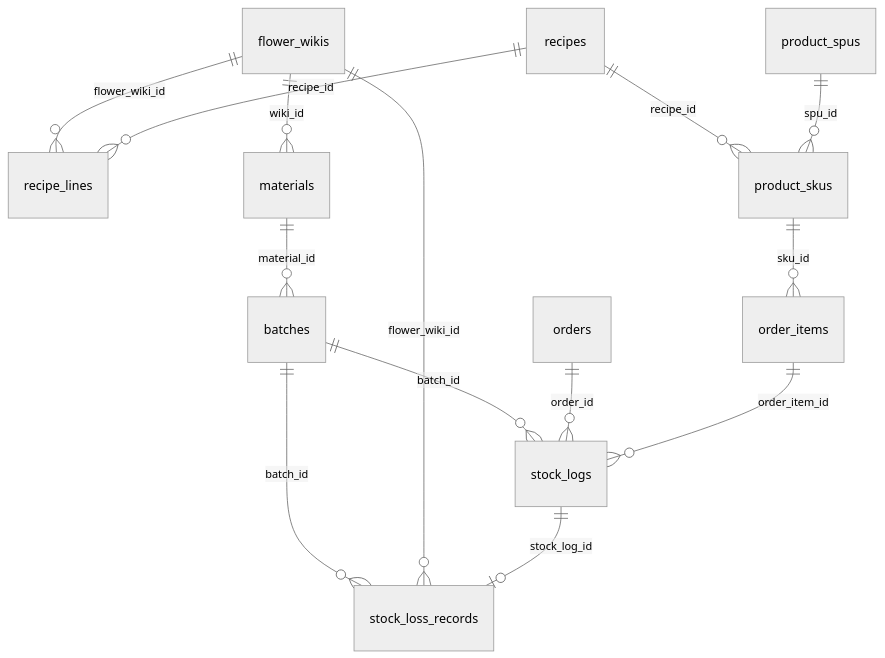
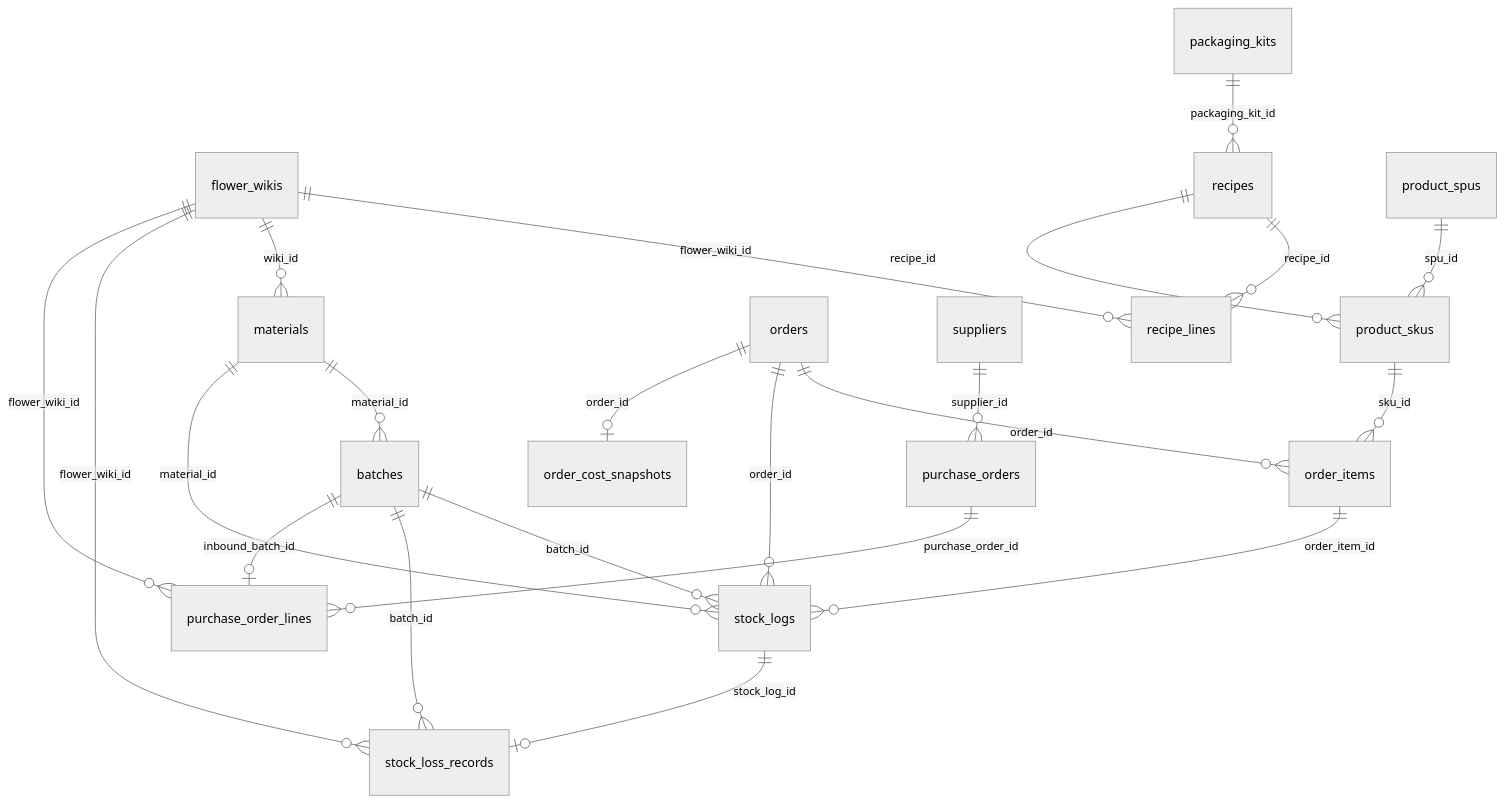
The diagram in flower-wms-system/ARCHITECTURE.md (movingtea/42_flower_management), drawn with Mermaid (neutral theme) before and after one commit. The commit also changed other lines of this file and 1 other file, not shown here.

Commit message:
Update project docs for Sprint 4 architecture

````diff
--- a/flower-wms-system/ARCHITECTURE.md
+++ b/flower-wms-system/ARCHITECTURE.md
@@ -578,16 +241,27 @@
 ```mermaid
 erDiagram
-  flower_wikis ||--o{ recipe_lines : "flower_wiki_id"
-  recipes ||--o{ recipe_lines : "recipe_id"
-  recipes ||--o{ product_skus : "recipe_id"
-  flower_wikis ||--o{ materials : "wiki_id"
-  materials ||--o{ batches : "material_id"
-  batches ||--o{ stock_logs : "batch_id"
-  batches ||--o{ stock_loss_records : "batch_id"
-  flower_wikis ||--o{ stock_loss_records : "flower_wiki_id"
-  stock_logs ||--o| stock_loss_records : "stock_log_id"
-  product_spus ||--o{ product_skus : "spu_id"
-  product_skus ||--o{ order_items : "sku_id"
-  orders ||--o{ stock_logs : "order_id"
-  order_items ||--o{ stock_logs : "order_item_id"
+  flower_wikis ||--o{ recipe_lines : flower_wiki_id
+  recipes ||--o{ recipe_lines : recipe_id
+  packaging_kits ||--o{ recipes : packaging_kit_id
+
+  flower_wikis ||--o{ materials : wiki_id
+  materials ||--o{ batches : material_id
+  materials ||--o{ stock_logs : material_id
+  batches ||--o{ stock_logs : batch_id
+  batches ||--o{ stock_loss_records : batch_id
+  stock_logs ||--o| stock_loss_records : stock_log_id
+  flower_wikis ||--o{ stock_loss_records : flower_wiki_id
+
+  product_spus ||--o{ product_skus : spu_id
+  recipes ||--o{ product_skus : recipe_id
+  product_skus ||--o{ order_items : sku_id
+  orders ||--o{ order_items : order_id
+  orders ||--o{ stock_logs : order_id
+  order_items ||--o{ stock_logs : order_item_id
+  orders ||--o| order_cost_snapshots : order_id
+
+  suppliers ||--o{ purchase_orders : supplier_id
+  purchase_orders ||--o{ purchase_order_lines : purchase_order_id
+  flower_wikis ||--o{ purchase_order_lines : flower_wiki_id
+  batches ||--o| purchase_order_lines : inbound_batch_id
 ```
````
